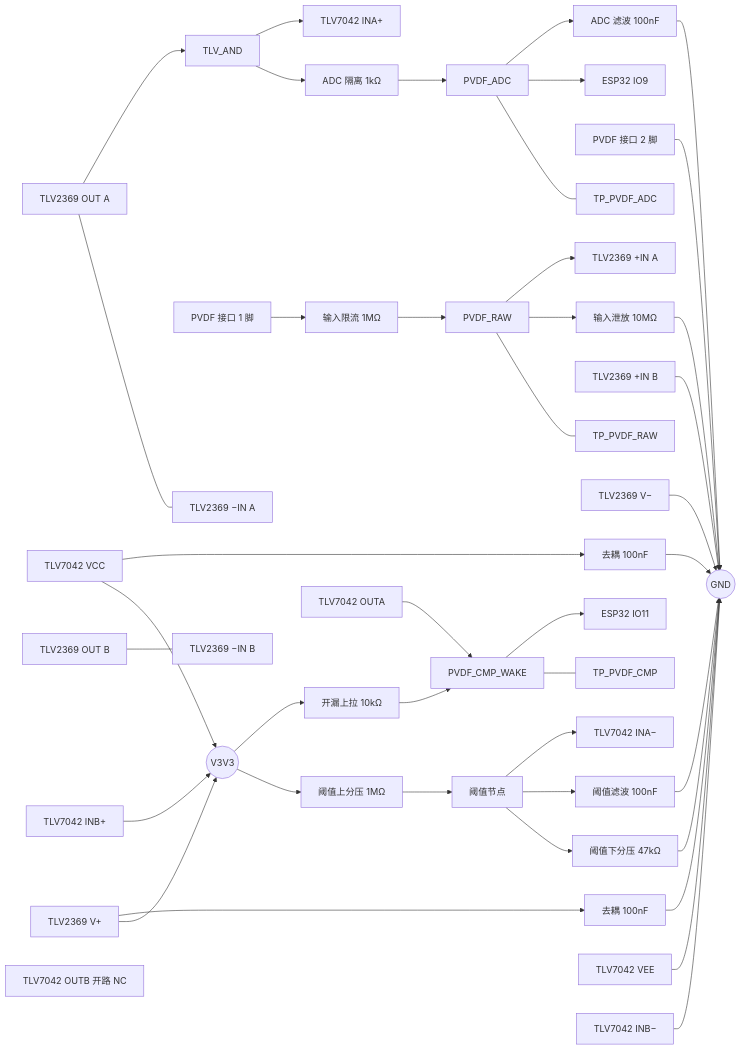
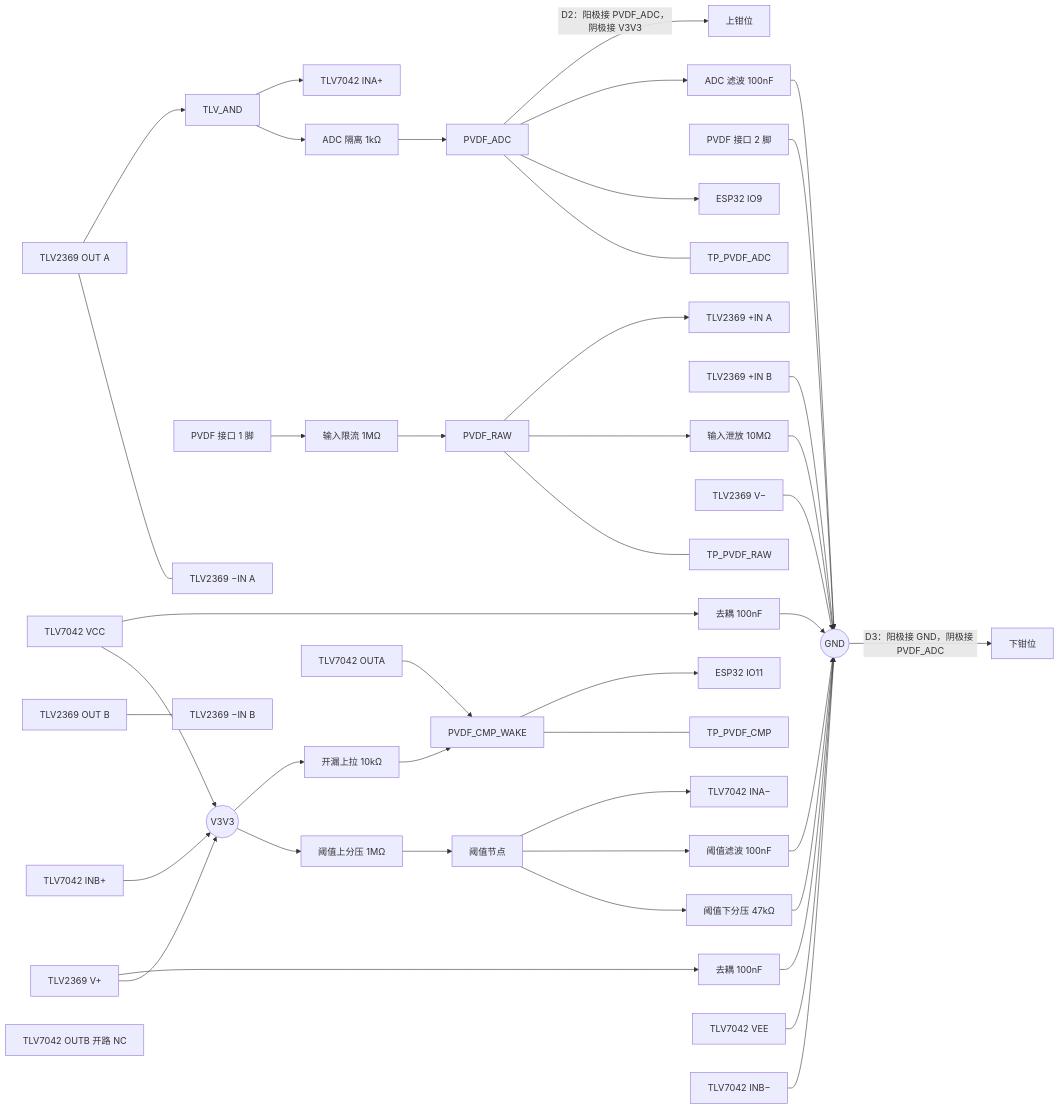
The diagram in docs/hardware/外围电路设计/TLV7042DGKR与TLV2369IDGKR-PVDF前端设计与接线.md (zhanghongchen1213/Electronic_Wooden_Fish), drawn with Mermaid before and after one commit. The commit also changed other lines of this file and 536 other files, not shown here.

````diff
--- a/docs/hardware/外围电路设计/TLV7042DGKR与TLV2369IDGKR-PVDF前端设计与接线.md
+++ b/docs/hardware/外围电路设计/TLV7042DGKR与TLV2369IDGKR-PVDF前端设计与接线.md
@@ -80,54 +82,56 @@
 ```mermaid
 flowchart LR
   V3V3((V3V3))
   GND((GND))
   IO9[ESP32 IO9]
   IO11[ESP32 IO11]
   PVDFN[PVDF 接口 2 脚]
 
   PVDFP[PVDF 接口 1 脚] --> RSER[输入限流 1MΩ]
   PVDFN --> GND
   RSER --> RAW[PVDF_RAW]
   RAW --- TPR[TP_PVDF_RAW]
   RAW --> RBLEED[输入泄放 10MΩ]
   RBLEED --> GND
   RAW --> BINP[TLV2369 +IN A]
   BOUT[TLV2369 OUT A] --- BINN[TLV2369 −IN A]
   BOUT --> ANDN[TLV_AND]
   BINPB[TLV2369 +IN B] --> GND
   BOUTB[TLV2369 OUT B] --- BINNB[TLV2369 −IN B]
   BVP[TLV2369 V+] --> V3V3
   BVP --> CDEC1[去耦 100nF]
   CDEC1 --> GND
   BVN[TLV2369 V−] --> GND
 
   ANDN --> RADC[ADC 隔离 1kΩ]
   RADC --> ADCN[PVDF_ADC]
   ADCN --- TPA[TP_PVDF_ADC]
   ADCN --> IO9
   ADCN --> CADC[ADC 滤波 100nF]
   CADC --> GND
+  ADCN -->|D2：阳极接 PVDF_ADC，阴极接 V3V3| CLAMP_HI[上钳位]
+  GND -->|D3：阳极接 GND，阴极接 PVDF_ADC| CLAMP_LO[下钳位]
 
   ANDN --> CINP[TLV7042 INA+]
   V3V3 --> RTH[阈值上分压 1MΩ]
   RTH --> VTH[阈值节点]
   VTH --> RTHB[阈值下分压 47kΩ]
   RTHB --> GND
   VTH --> CTH[阈值滤波 100nF]
   CTH --> GND
   VTH --> CINN[TLV7042 INA−]
 
   COUT[TLV7042 OUTA] --> CMPW[PVDF_CMP_WAKE]
   CMPW --- TPC[TP_PVDF_CMP]
   CMPW --> IO11
   V3V3 --> RPU[开漏上拉 10kΩ]
   RPU --> CMPW
 
   CVP[TLV7042 VCC] --> V3V3
   CVP --> CDEC2[去耦 100nF]
   CDEC2 --> GND
   CVN[TLV7042 VEE] --> GND
   CINBP[TLV7042 INB+] --> V3V3
   CINBN[TLV7042 INB−] --> GND
   COUTB[TLV7042 OUTB 开路 NC]
 ```
````
